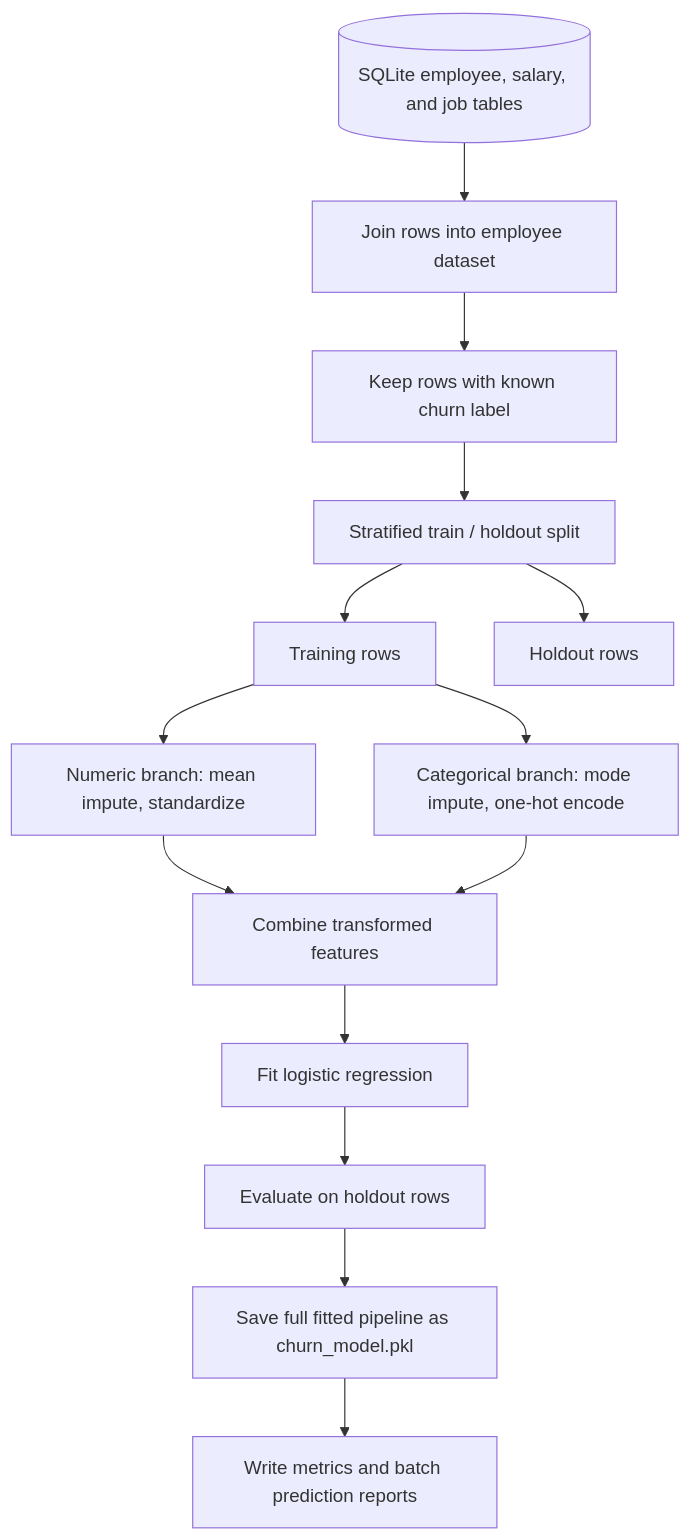
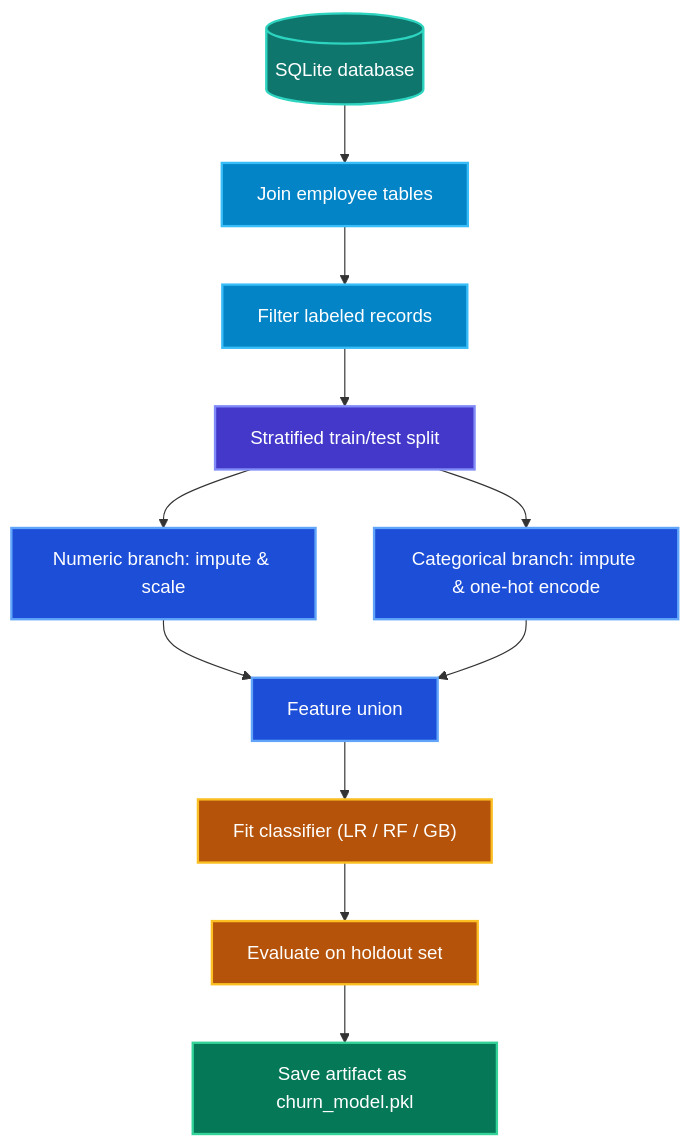
Before and after one commit to Shotza247/Employee_Full-Stack_Churn_ML: the fourth of 7 diagrams in README.md, drawn with Mermaid. The commit also changed other lines of this file and 1 other file, not shown here.

Commit message:
Updated implementation documentation and used IBM Bob to help with creating the architecture diagrams since it couples well with mermaid diagram creatio.

````diff
--- a/README.md
+++ b/README.md
@@ -200,16 +260,27 @@
 ```mermaid
 flowchart TD
-    DB[("SQLite employee, salary, and job tables")] --> JOIN["Join rows into employee dataset"]
-    JOIN --> LABELED["Keep rows with known churn label"]
-    LABELED --> SPLIT["Stratified train / holdout split"]
-    SPLIT --> TRAIN["Training rows"]
-    SPLIT --> TEST["Holdout rows"]
-    TRAIN --> NUM["Numeric branch: mean impute, standardize"]
-    TRAIN --> CAT["Categorical branch: mode impute, one-hot encode"]
-    NUM --> COMBINE["Combine transformed features"]
+    DB[("SQLite database")] --> JOIN["Join employee tables"]
+    JOIN --> LABELED["Filter labeled records"]
+    LABELED --> SPLIT["Stratified train/test split"]
+    SPLIT --> NUM["Numeric branch: impute & scale"]
+    SPLIT --> CAT["Categorical branch: impute & one-hot encode"]
+    NUM --> COMBINE["Feature union"]
     CAT --> COMBINE
-    COMBINE --> FIT["Fit logistic regression"]
-    FIT --> EVAL["Evaluate on holdout rows"]
-    EVAL --> SAVE["Save full fitted pipeline as churn_model.pkl"]
-    SAVE --> EXPORT["Write metrics and batch prediction reports"]
+    COMBINE --> FIT["Fit classifier (LR / RF / GB)"]
+    FIT --> EVAL["Evaluate on holdout set"]
+    EVAL --> SAVE["Save artifact as churn_model.pkl"]
+
+    classDef dbNode fill:#0F766E,stroke:#2DD4BF,stroke-width:2px,color:#ffffff;
+    classDef prepNode fill:#0284C7,stroke:#38BDF8,stroke-width:2px,color:#ffffff;
+    classDef splitNode fill:#4338CA,stroke:#818CF8,stroke-width:2px,color:#ffffff;
+    classDef transformNode fill:#1D4ED8,stroke:#60A5FA,stroke-width:2px,color:#ffffff;
+    classDef modelNode fill:#B45309,stroke:#FBBF24,stroke-width:2px,color:#ffffff;
+    classDef saveNode fill:#047857,stroke:#34D399,stroke-width:2px,color:#ffffff;
+
+    class DB dbNode;
+    class JOIN,LABELED prepNode;
+    class SPLIT splitNode;
+    class NUM,CAT,COMBINE transformNode;
+    class FIT,EVAL modelNode;
+    class SAVE saveNode;
 ```
````
